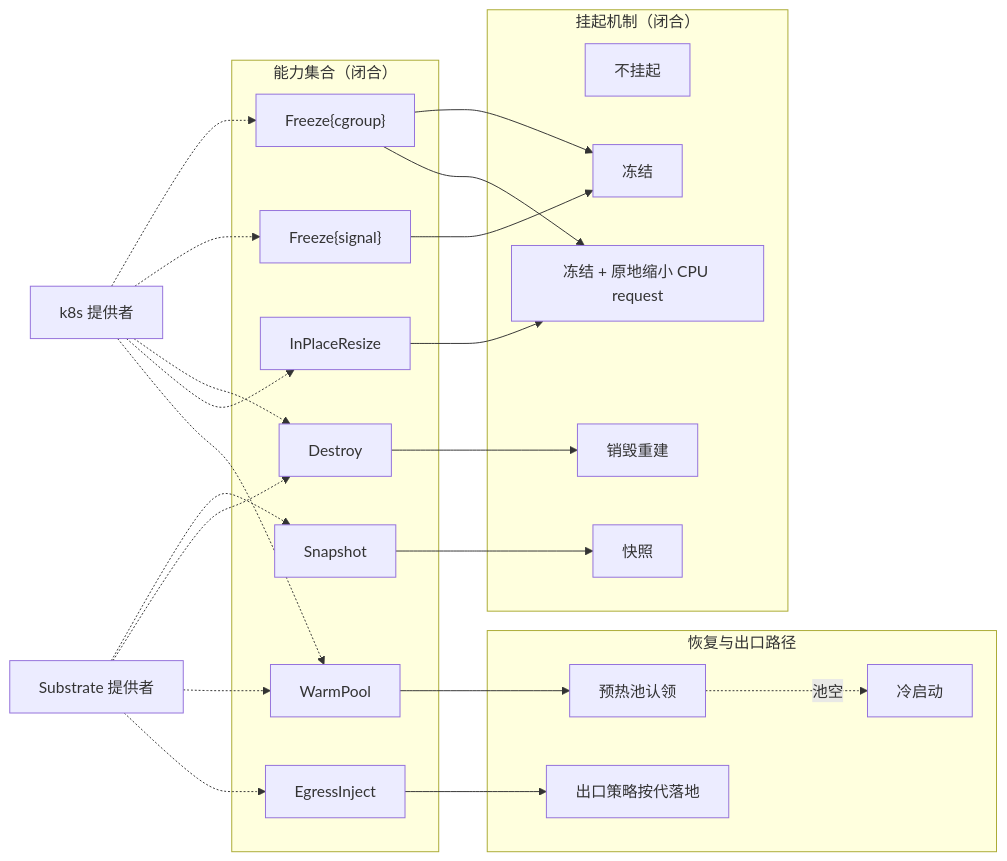
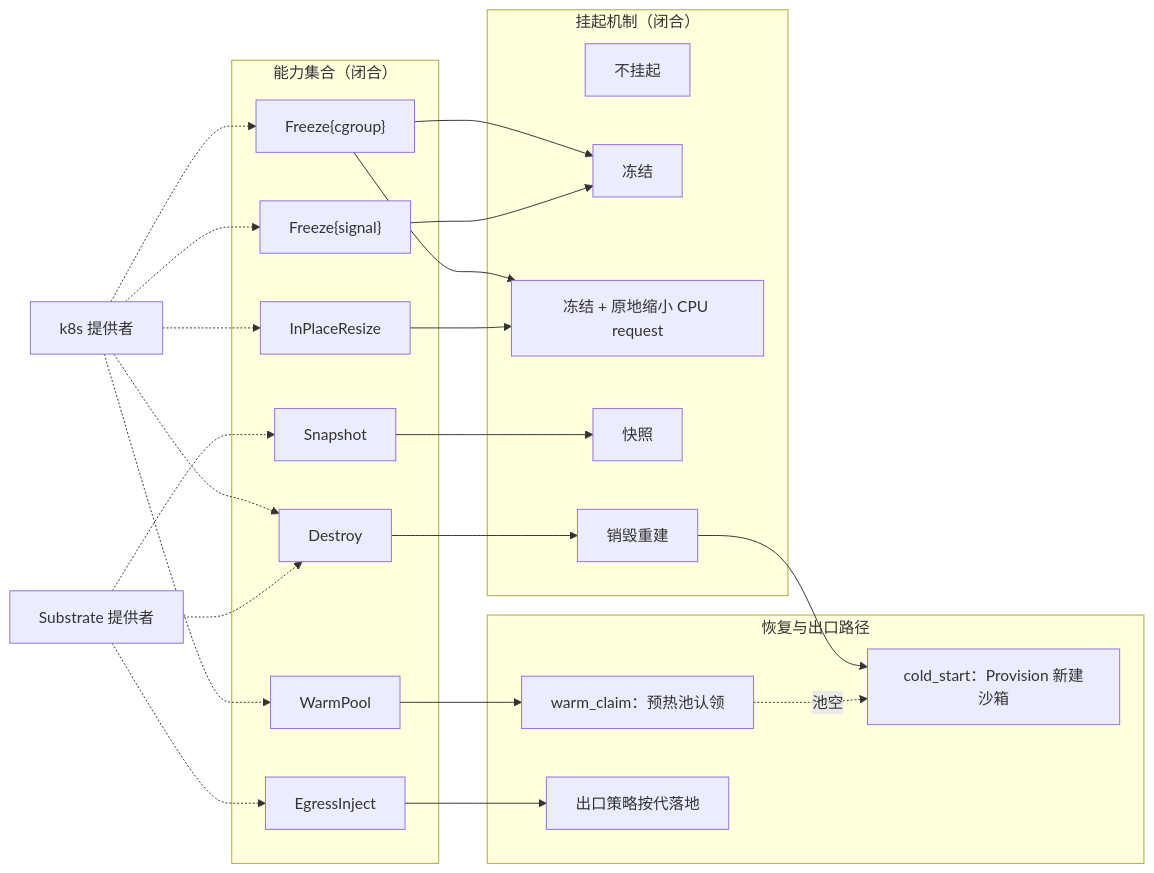
The third of 3 diagrams in docs/design/modules/sandboxprovider/design-sandboxprovider.md (wangzw/castworks), drawn with Mermaid before and after one commit. The commit also changed other lines of this file and 37 other files, not shown here.

````diff
--- a/docs/design/modules/sandboxprovider/design-sandboxprovider.md
+++ b/docs/design/modules/sandboxprovider/design-sandboxprovider.md
@@ -359,42 +428,42 @@
 ```mermaid
 flowchart LR
     subgraph caps["能力集合（闭合）"]
         FC["Freeze{cgroup}"]
         FS["Freeze{signal}"]
         SN["Snapshot"]
         DE["Destroy"]
         IR["InPlaceResize"]
         WP["WarmPool"]
         EI["EgressInject"]
     end
     subgraph mech["挂起机制（闭合）"]
         NONE["不挂起"]
         F["冻结"]
         FSR["冻结 + 原地缩小 CPU request"]
         S["快照"]
         DR["销毁重建"]
     end
     subgraph path["恢复与出口路径"]
-        COLD["冷启动"]
-        WARM["预热池认领"]
+        COLD["cold_start：Provision 新建沙箱"]
+        WARM["warm_claim：预热池认领"]
         EGR["出口策略按代落地"]
     end
     FC --> F
     FC --> FSR
     FS --> F
     SN --> S
     DE --> DR
     IR --> FSR
+    DR --> COLD
     WP --> WARM
     WARM -.->|池空| COLD
     EI --> EGR
     K8S["k8s 提供者"] -.-> FC
     K8S -.-> FS
     K8S -.-> DE
     K8S -.-> IR
     K8S -.-> WP
     SUB["Substrate 提供者"] -.-> SN
     SUB -.-> DE
-    SUB -.-> WP
     SUB -.-> EI
 ```
````
